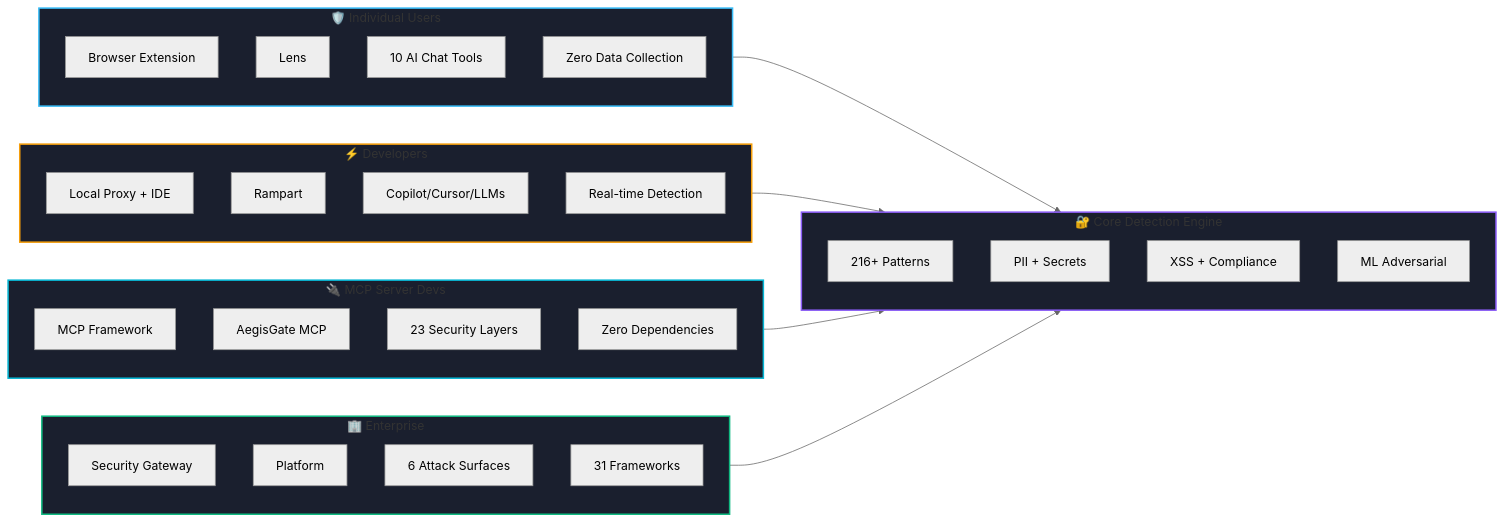
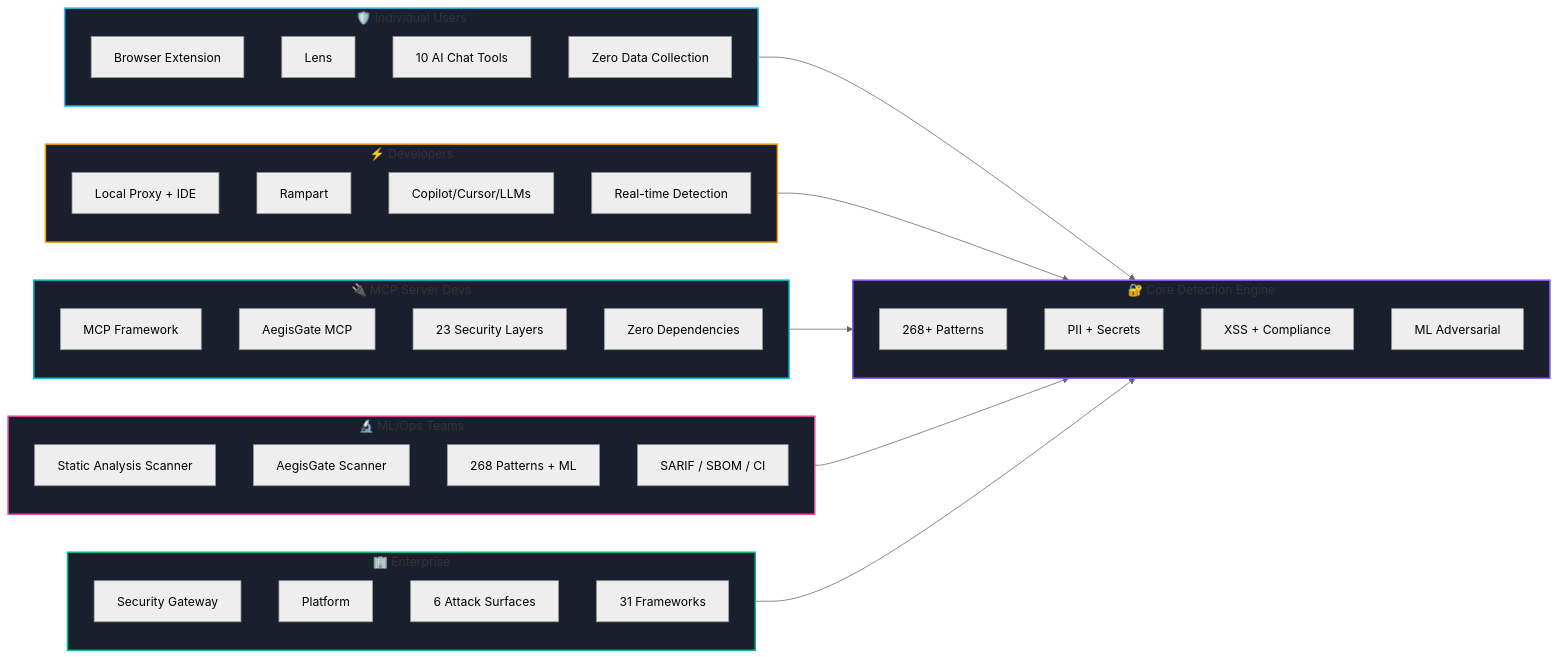
Before and after one commit to aegisgatesecurity/aegisgate-site: the diagram in content/_index.md, drawn with Mermaid (neutral theme). The commit also changed other lines of this file and 4 other files, not shown here.

```diff
--- a/content/_index.md
+++ b/content/_index.md
@@ -42,48 +43,57 @@
 {{< mermaid >}}
 flowchart LR
     subgraph Individual["🛡️ Individual Users"]
         A[Browser Extension]
         A1[Lens]
         A2[10 AI Chat Tools]
         A3[Zero Data Collection]
     end
 
     subgraph Developer["⚡ Developers"]
         B[Local Proxy + IDE]
         B1[Rampart]
         B2[Copilot/Cursor/LLMs]
         B3[Real-time Detection]
     end
 
     subgraph MCPServer["🔌 MCP Server Devs"]
         E[MCP Framework]
         E1[AegisGate MCP]
         E2[23 Security Layers]
         E3[Zero Dependencies]
     end
 
+    subgraph MLOps["🔬 ML/Ops Teams"]
+        F[Static Analysis Scanner]
+        F1[AegisGate Scanner]
+        F2[268 Patterns + ML]
+        F3[SARIF / SBOM / CI]
+    end
+
     subgraph Enterprise["🏢 Enterprise"]
         C[Security Gateway]
         C1[Platform]
         C2[6 Attack Surfaces]
         C3[31 Frameworks]
     end
 
     subgraph Core["🔐 Core Detection Engine"]
-        D[216+ Patterns]
+        D[268+ Patterns]
         D1[PII + Secrets]
         D2[XSS + Compliance]
         D3[ML Adversarial]
     end
 
     Individual --> Core
     Developer --> Core
     MCPServer --> Core
+    MLOps --> Core
     Enterprise --> Core
 
     style Individual fill:#1a1f2e,stroke:#38bdf8,stroke-width:2px
     style Developer fill:#1a1f2e,stroke:#f59e0b,stroke-width:2px
     style MCPServer fill:#1a1f2e,stroke:#06b6d4,stroke-width:2px
+    style MLOps fill:#1a1f2e,stroke:#ec4899,stroke-width:2px
     style Enterprise fill:#1a1f2e,stroke:#10b981,stroke-width:2px
     style Core fill:#1a1f2e,stroke:#8b5cf6,stroke-width:2px
 {{< /mermaid >}}
```
